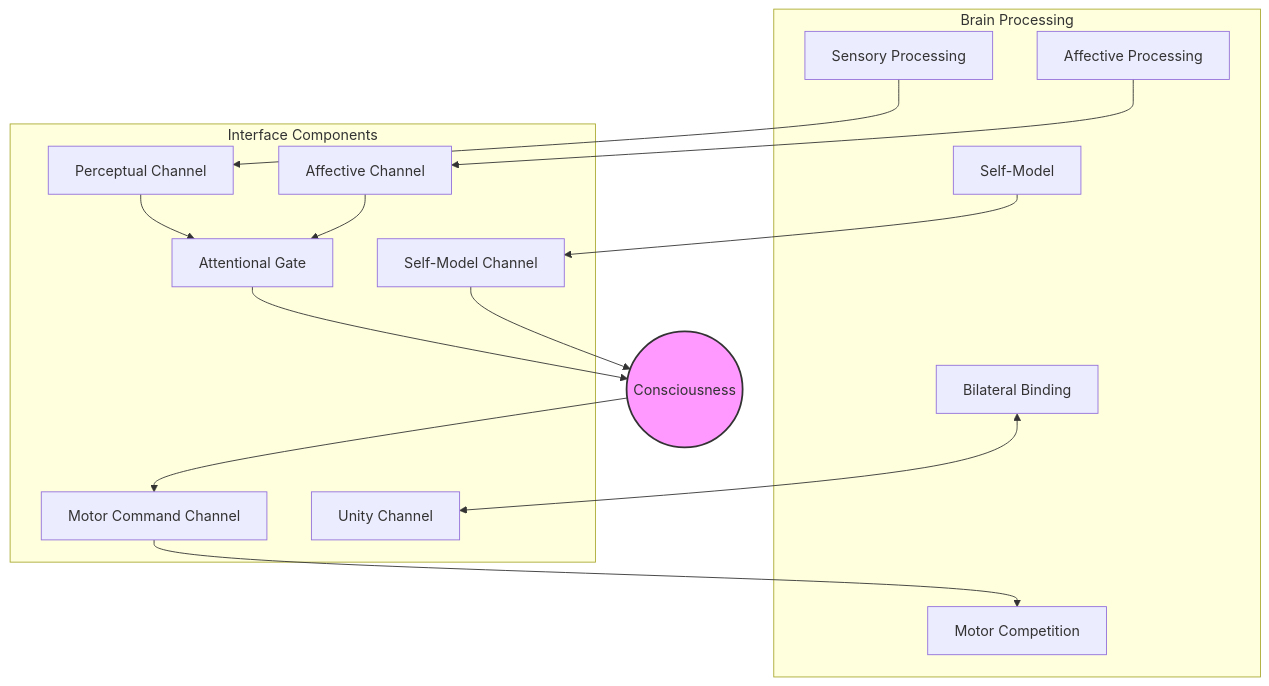
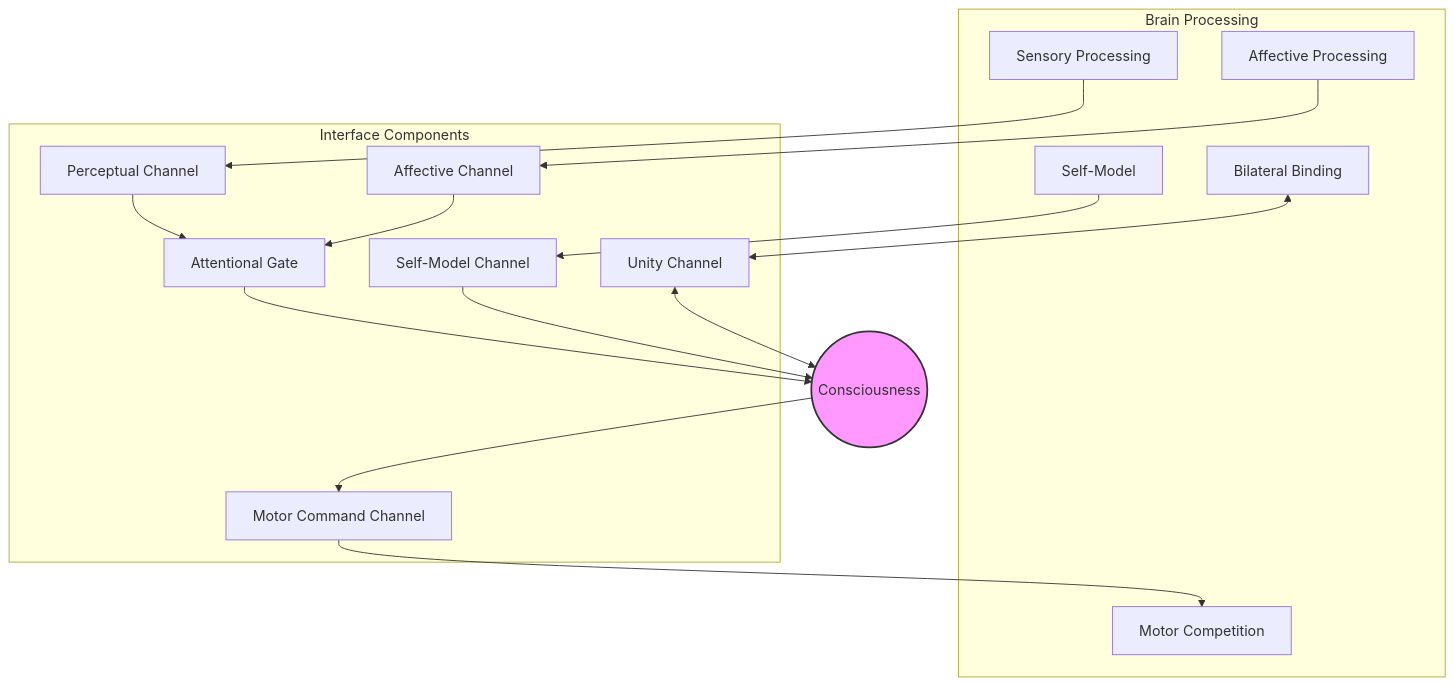
Before and after one commit to unfinishablemap/unfinishablemap: the diagram in obsidian/topics/neurological-dissociations-as-interface-architecture.md, drawn with Mermaid. The commit also changed other lines of this file and 3 other files, not shown here.

First line of the commit message:
refine(deep-review): fix diagram and strengthen topics/neurological-dissociations-as-interface-architecture.md

````diff
--- a/obsidian/topics/neurological-dissociations-as-interface-architecture.md
+++ b/obsidian/topics/neurological-dissociations-as-interface-architecture.md
@@ -113,29 +114,29 @@
 ```mermaid
 flowchart TB
     subgraph brain["Brain Processing"]
         SP[Sensory Processing]
         AP[Affective Processing]
         SM[Self-Model]
         MC[Motor Competition]
         BL[Bilateral Binding]
     end
 
     subgraph interface["Interface Components"]
         PA[Perceptual Channel]
         AA[Affective Channel]
         SA[Self-Model Channel]
         MD[Motor Command Channel]
         AG[Attentional Gate]
         UC[Unity Channel]
     end
 
     C((Consciousness))
 
     SP --> PA --> AG --> C
     AP --> AA --> AG
     SM --> SA --> C
     C --> MD --> MC
-    BL <--> UC
+    BL <--> UC <--> C
 
     style C fill:#f9f,stroke:#333,stroke-width:2px
 ```
````
